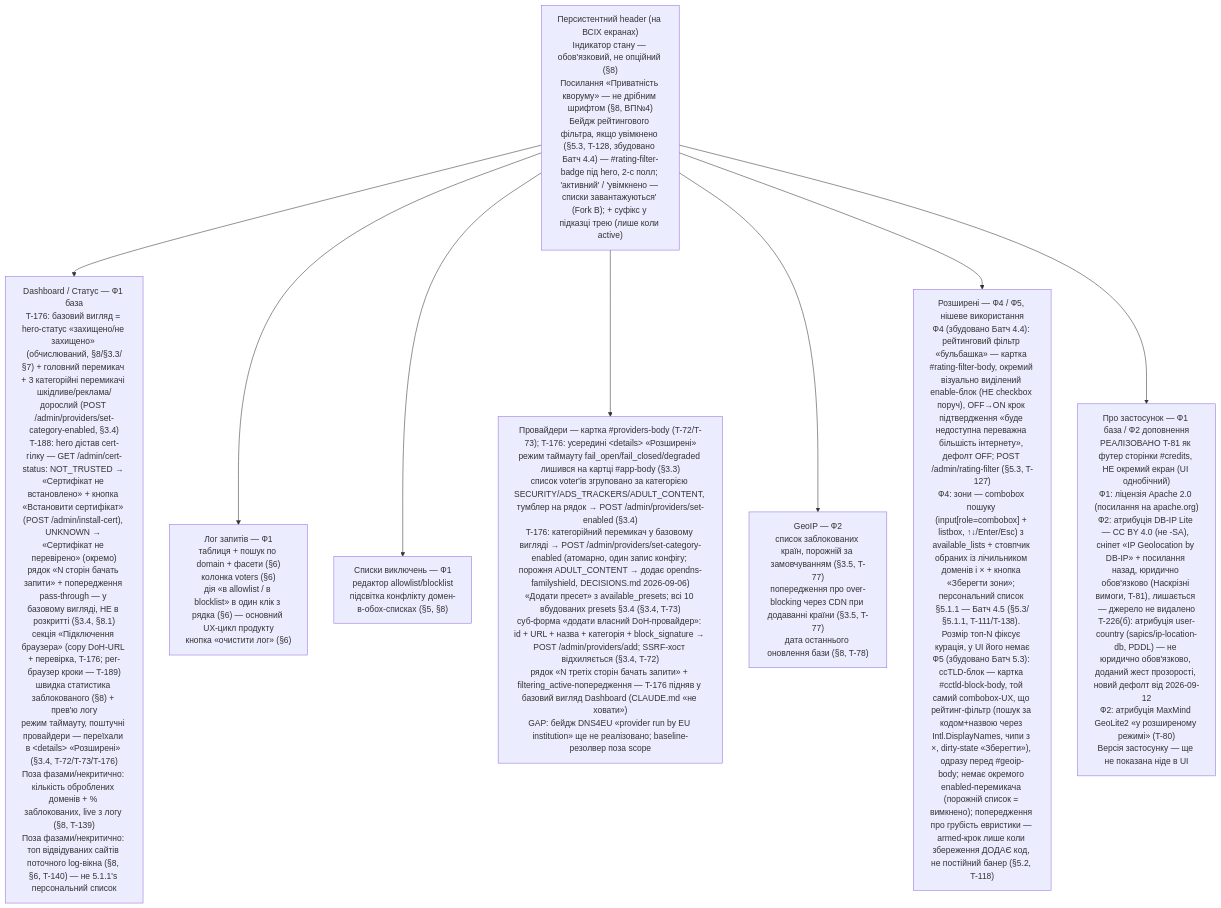
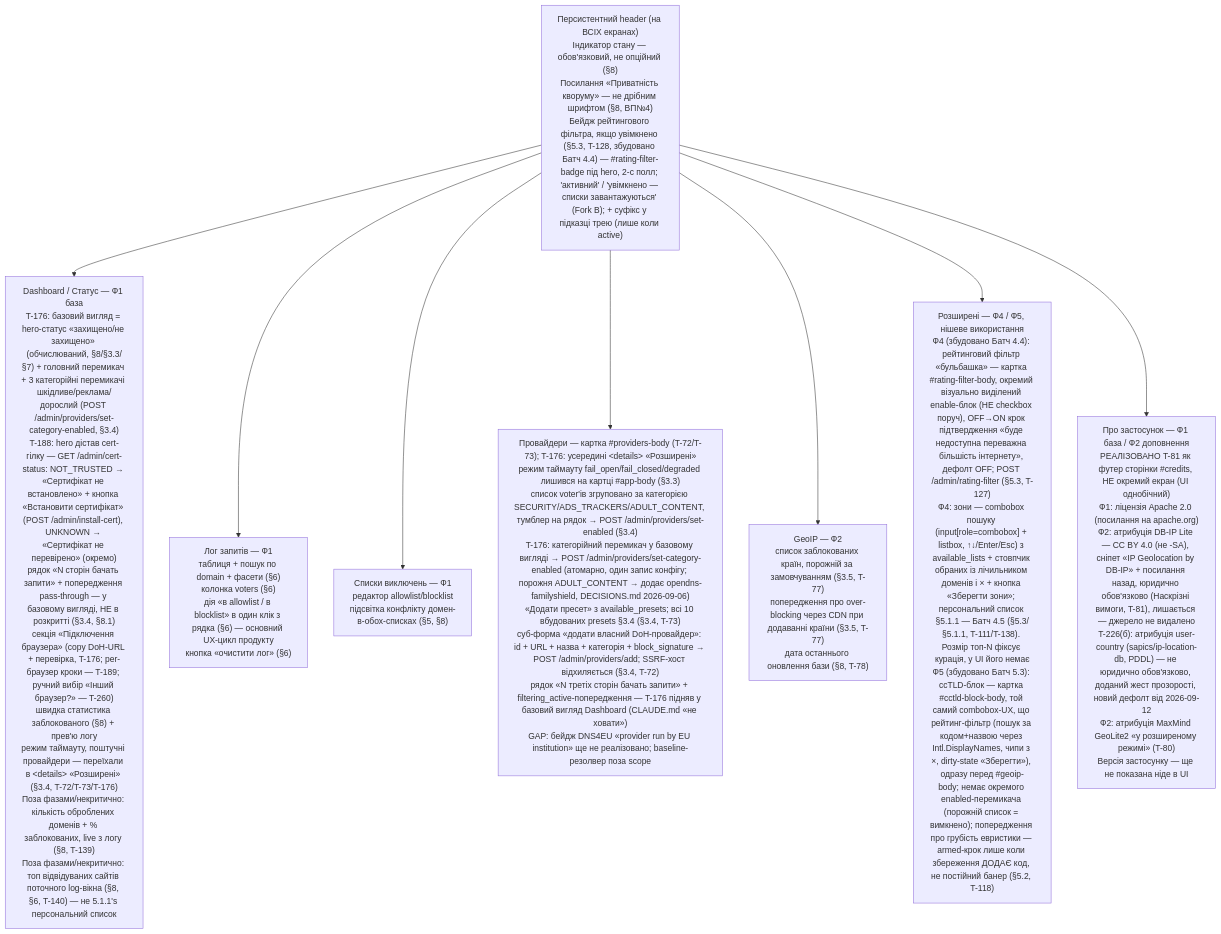
One commit to user137/dns-quorum-filter changed the diagram in diagrams/ui-navigation.md. Above: the diagram before and after it, drawn with Mermaid. The commit also changed 44 other files, not shown here.

````diff
--- a/diagrams/ui-navigation.md
+++ b/diagrams/ui-navigation.md
@@ -15,26 +15,26 @@
 ```mermaid
 flowchart TD
     Header["Персистентний header (на ВСІХ екранах)<br/>Індикатор стану — обов'язковий, не опційний (§8)<br/>Посилання «Приватність кворуму» — не дрібним шрифтом (§8, ВП№4)<br/>Бейдж рейтингового фільтра, якщо увімкнено (§5.3, T-128, збудовано Батч 4.4) — #rating-filter-badge під hero, 2-с полл; 'активний' / 'увімкнено — списки завантажуються' (Fork B); + суфікс у підказці трею (лише коли active)"]
 
     Header --> Dashboard
     Header --> Log
     Header --> Lists
     Header --> Providers
     Header --> GeoIP
     Header --> Advanced
     Header --> About
 
-    Dashboard["Dashboard / Статус — Ф1 база<br/>T-176: базовий вигляд = hero-статус «захищено/не захищено» (обчислюваний, §8/§3.3/§7) + головний перемикач + 3 категорійні перемикачі шкідливе/реклама/дорослий (POST /admin/providers/set-category-enabled, §3.4)<br/>T-188: hero дістав cert-гілку — GET /admin/cert-status: NOT_TRUSTED → «Сертифікат не встановлено» + кнопка «Встановити сертифікат» (POST /admin/install-cert), UNKNOWN → «Сертифікат не перевірено» (окремо)<br/>рядок «N сторін бачать запити» + попередження pass-through — у базовому вигляді, НЕ в розкритті (§3.4, §8.1)<br/>секція «Підключення браузера» (copy DoH-URL + перевірка, T-176; per-браузер кроки — T-189)<br/>швидка статистика заблокованого (§8) + прев'ю логу<br/>режим таймауту, поштучні провайдери — переїхали в &lt;details&gt; «Розширені» (§3.4, T-72/T-73/T-176)<br/>Поза фазами/некритично: кількість оброблених доменів + % заблокованих, live з логу (§8, T-139)<br/>Поза фазами/некритично: топ відвідуваних сайтів поточного log-вікна (§8, §6, T-140) — не 5.1.1's персональний список"]
+    Dashboard["Dashboard / Статус — Ф1 база<br/>T-176: базовий вигляд = hero-статус «захищено/не захищено» (обчислюваний, §8/§3.3/§7) + головний перемикач + 3 категорійні перемикачі шкідливе/реклама/дорослий (POST /admin/providers/set-category-enabled, §3.4)<br/>T-188: hero дістав cert-гілку — GET /admin/cert-status: NOT_TRUSTED → «Сертифікат не встановлено» + кнопка «Встановити сертифікат» (POST /admin/install-cert), UNKNOWN → «Сертифікат не перевірено» (окремо)<br/>рядок «N сторін бачать запити» + попередження pass-through — у базовому вигляді, НЕ в розкритті (§3.4, §8.1)<br/>секція «Підключення браузера» (copy DoH-URL + перевірка, T-176; per-браузер кроки — T-189; ручний вибір «Інший браузер?» — T-260)<br/>швидка статистика заблокованого (§8) + прев'ю логу<br/>режим таймауту, поштучні провайдери — переїхали в &lt;details&gt; «Розширені» (§3.4, T-72/T-73/T-176)<br/>Поза фазами/некритично: кількість оброблених доменів + % заблокованих, live з логу (§8, T-139)<br/>Поза фазами/некритично: топ відвідуваних сайтів поточного log-вікна (§8, §6, T-140) — не 5.1.1's персональний список"]
 
     Log["Лог запитів — Ф1<br/>таблиця + пошук по domain + фасети (§6)<br/>колонка voters (§6)<br/>дія «в allowlist / в blocklist» в один клік з рядка (§6) — основний UX-цикл продукту<br/>кнопка «очистити лог» (§6)"]
 
     Lists["Списки виключень — Ф1<br/>редактор allowlist/blocklist<br/>підсвітка конфлікту домен-в-обох-списках (§5, §8)"]
 
     Providers["Провайдери — картка #providers-body (T-72/T-73); T-176: усередині &lt;details&gt; «Розширені»<br/>режим таймауту fail_open/fail_closed/degraded лишився на картці #app-body (§3.3)<br/>список voter'ів згруповано за категорією SECURITY/ADS_TRACKERS/ADULT_CONTENT, тумблер на рядок → POST /admin/providers/set-enabled (§3.4)<br/>T-176: категорійний перемикач у базовому вигляді → POST /admin/providers/set-category-enabled (атомарно, один запис конфігу; порожня ADULT_CONTENT → додає opendns-familyshield, DECISIONS.md 2026-09-06)<br/>«Додати пресет» з available_presets; всі 10 вбудованих presets §3.4 (§3.4, T-73)<br/>суб-форма «додати власний DoH-провайдер»: id + URL + назва + категорія + block_signature → POST /admin/providers/add; SSRF-хост відхиляється (§3.4, T-72)<br/>рядок «N третіх сторін бачать запити» + filtering_active-попередження — T-176 підняв у базовий вигляд Dashboard (CLAUDE.md «не ховати»)<br/>GAP: бейдж DNS4EU «provider run by EU institution» ще не реалізовано; baseline-резолвер поза scope"]
 
     GeoIP["GeoIP — Ф2<br/>список заблокованих країн, порожній за замовчуванням (§3.5, T-77)<br/>попередження про over-blocking через CDN при додаванні країни (§3.5, T-77)<br/>дата останнього оновлення бази (§8, T-78)"]
 
     Advanced["Розширені — Ф4 / Ф5, нішеве використання<br/>Ф4 (збудовано Батч 4.4): рейтинговий фільтр «бульбашка» — картка #rating-filter-body, окремий візуально виділений enable-блок (НЕ checkbox поруч), OFF→ON крок підтвердження «буде недоступна переважна більшість інтернету», дефолт OFF; POST /admin/rating-filter (§5.3, T-127)<br/>Ф4: зони — combobox пошуку (input[role=combobox] + listbox, ↑↓/Enter/Esc) з available_lists + стовпчик обраних із лічильником доменів і × + кнопка «Зберегти зони»; персональний список §5.1.1 — Батч 4.5 (§5.3/§5.1.1, T-111/T-138). Розмір топ-N фіксує курація, у UI його немає<br/>Ф5 (збудовано Батч 5.3): ccTLD-блок — картка #cctld-block-body, той самий combobox-UX, що рейтинг-фільтр (пошук за кодом+назвою через Intl.DisplayNames, чипи з ×, dirty-state «Зберегти»), одразу перед #geoip-body; немає окремого enabled-перемикача (порожній список = вимкнено); попередження про грубість евристики — armed-крок лише коли збереження ДОДАЄ код, не постійний банер (§5.2, T-118)"]
 
     About["Про застосунок — Ф1 база / Ф2 доповнення<br/>РЕАЛІЗОВАНО T-81 як футер сторінки #credits, НЕ окремий екран (UI однобічний)<br/>Ф1: ліцензія Apache 2.0 (посилання на apache.org)<br/>Ф2: атрибуція DB-IP Lite — CC BY 4.0 (не -SA), сніпет «IP Geolocation by DB-IP» + посилання назад, юридично обов'язково (Наскрізні вимоги, T-81), лишається — джерело не видалено<br/>T-226(б): атрибуція user-country (sapics/ip-location-db, PDDL) — не юридично обов'язково, доданий жест прозорості, новий дефолт від 2026-09-12<br/>Ф2: атрибуція MaxMind GeoLite2 «у розширеному режимі» (T-80)<br/>Версія застосунку — ще не показана ніде в UI"]
 ```
````
